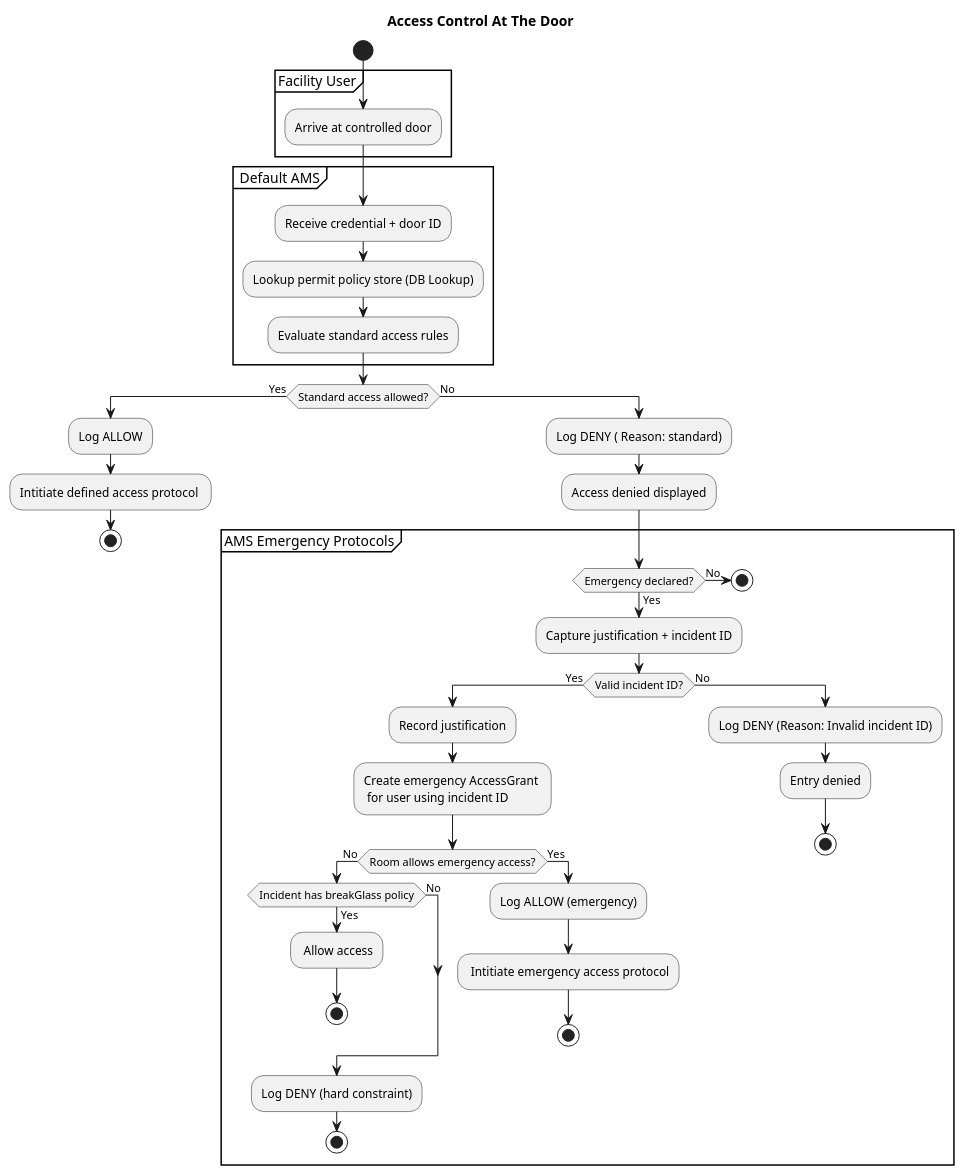
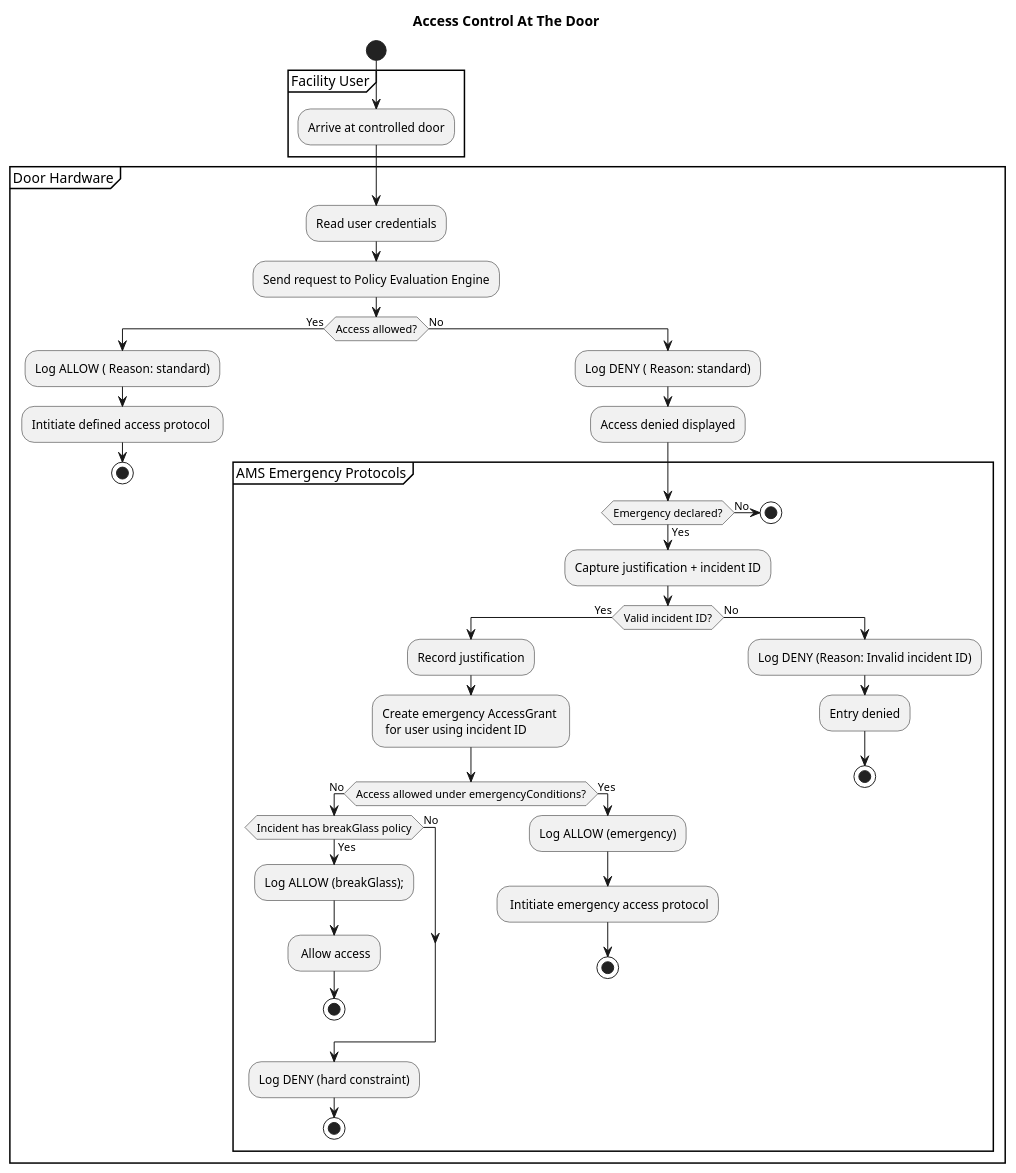
The diagram in activityDiagram.puml (AsadYezdan-School/IOT542AccessControl), drawn with PlantUML before and after one commit. The commit also changed 1 other file, not shown here.

```diff
--- a/activityDiagram.puml
+++ b/activityDiagram.puml
@@ -1,62 +1,63 @@
 @startuml
 start
 !pragma useVerticalIf on
 skinparam linetype ortho
 skinparam shadowing false
 
 title Access Control At The Door
 
 partition "Facility User" {
   :Arrive at controlled door;
 }
 
-partition " Default AMS" {
-  :Receive credential + door ID;
-  :Lookup permit policy store (DB Lookup);
-  :Evaluate standard access rules;
+partition Door Hardware {
+  :Read user credentials;
+  :Send request to Policy Evaluation Engine;
 
-}
 
-if (Standard access allowed?) then (Yes)
-  :Log ALLOW;
+
+if (Access allowed?) then (Yes)
+  :Log ALLOW ( Reason: standard);
   :Intitiate defined access protocol ;
   stop
+
 else (No)
   :Log DENY ( Reason: standard);
   :Access denied displayed;
   partition "AMS Emergency Protocols"{
   if (Emergency declared?) then (Yes)
     :Capture justification + incident ID;
 
     if (Valid incident ID?) then (Yes)
       :Record justification;
       :Create emergency AccessGrant \n for user using incident ID;
 
-      if (Room allows emergency access?) then (No)
+      if (Access allowed under emergencyConditions?) then (No)
         if (Incident has breakGlass policy) then (Yes)
+        :Log ALLOW (breakGlass);;
         : Allow access;
         stop
         else (No)
         endif
         :Log DENY (hard constraint);
         stop
       else (Yes)
         :Log ALLOW (emergency);
         : Intitiate emergency access protocol;
         stop
       endif
 
 
     else (No)
       :Log DENY (Reason: Invalid incident ID);
       :Entry denied;
       stop
     endif
 
   else (No)
     stop
   endif
   }
 endif
-
+}
 @enduml
```
